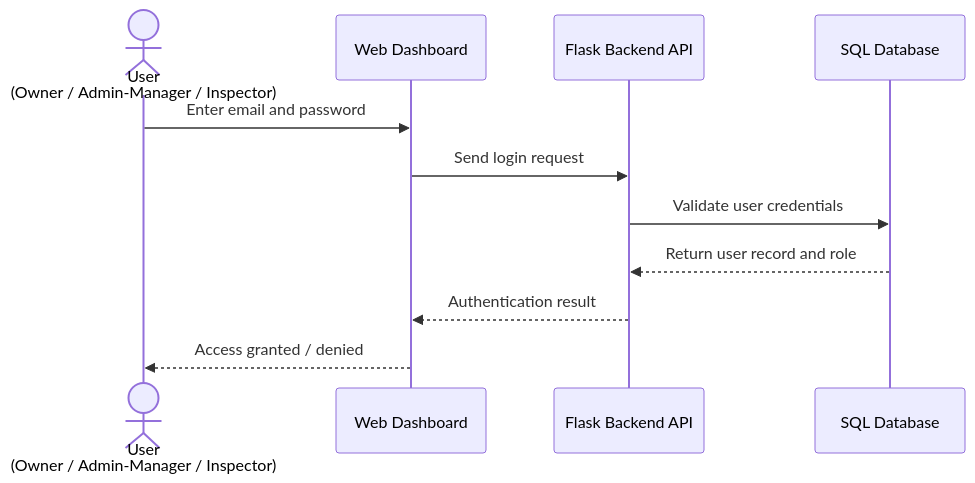
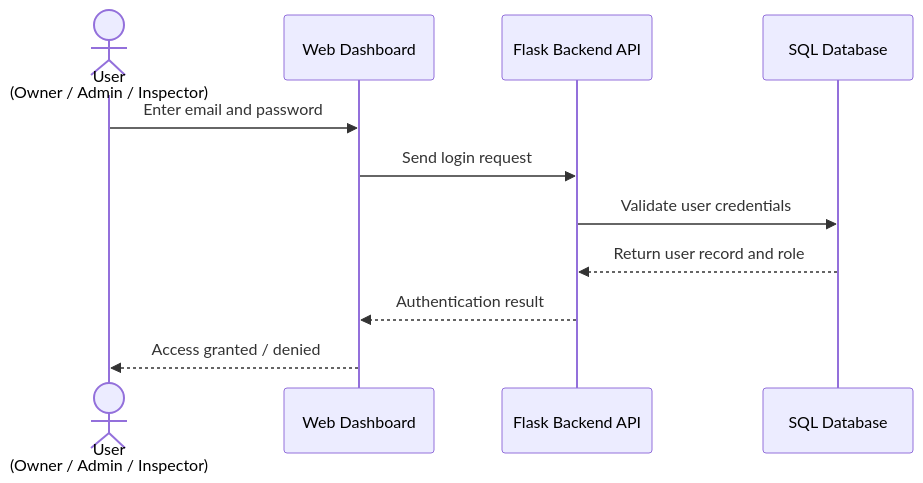
The second of 5 diagrams in Stage 3/3. Create High-Level Sequence Diagrams/High-Level Sequence Diagrams.md (rabea14180-max/Portfolio-Project), drawn with Mermaid before and after one commit. The commit also changed other lines of this file, not shown here.

Commit message:
Update High-Level Sequence Diagrams.md

````diff
--- a/Stage 3/3. Create High-Level Sequence Diagrams/High-Level Sequence Diagrams.md
+++ b/Stage 3/3. Create High-Level Sequence Diagrams/High-Level Sequence Diagrams.md
@@ -14,14 +42,14 @@
 ```mermaid
 sequenceDiagram
-    actor User as User<br/>(Owner / Admin-Manager / Inspector)
+    actor User as User<br/>(Owner / Admin / Inspector)
     participant Dashboard as Web Dashboard
     participant API as Flask Backend API
     participant DB as SQL Database
 
     User->>Dashboard: Enter email and password
     Dashboard->>API: Send login request
     API->>DB: Validate user credentials
     DB-->>API: Return user record and role
     API-->>Dashboard: Authentication result
     Dashboard-->>User: Access granted / denied
 ```
````
